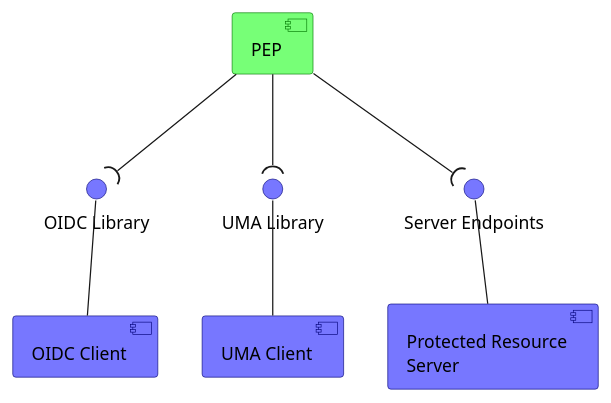
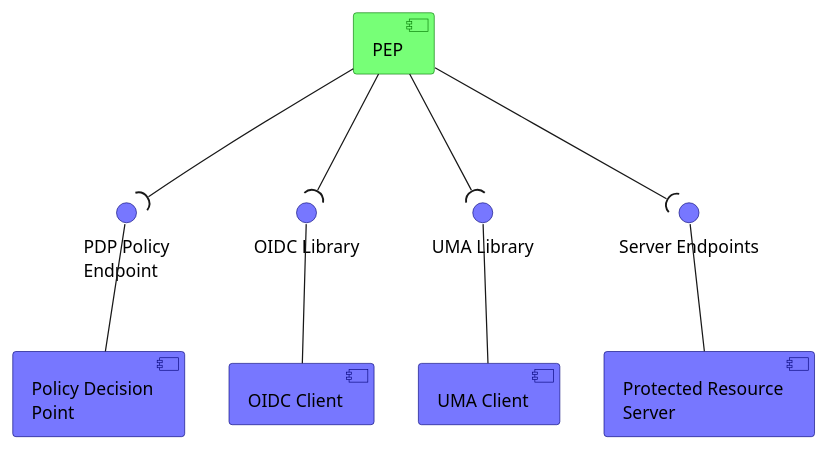
The diagram in docs/03.user-management/include/pep-required-interfaces.wsd (EOEPCA/master-system-icd), drawn with PlantUML before and after one commit. The commit also changed 2 other files, not shown here.

Commit message:
EOEPCA-178 ICD update for PEP policies

```diff
--- a/docs/03.user-management/include/pep-required-interfaces.wsd
+++ b/docs/03.user-management/include/pep-required-interfaces.wsd
@@ -1,36 +1,40 @@
 @startuml component
 
 hide stereotype
 
 component "Protected Resource\nServer" as res_server <<provider>>
 component "UMA Client" as uma <<provider>>
 component "OIDC Client" as oidc <<provider>>
+component "Policy Decision\nPoint" as pdp <<provider>>
 () "Server Endpoints" as srv_endpoints <<consumed>>
 () "UMA Library" as umaapi <<consumed>>
 () "OIDC Library" as oidcapi <<consumed>>
+() "PDP Policy\nEndpoint" as pdppoint <<consumed>>
 res_server -up- srv_endpoints
 uma -up- umaapi
 oidc -up- oidcapi
+pdp -up- pdppoint
 
 
 component "PEP" as PEP <<pep>>
 PEP -down-( srv_endpoints
 PEP -down-( umaapi
 PEP -down-( oidcapi
+PEP -down-( pdppoint
 
 skinparam component<<pep>> {
     BackgroundColor #77ff77
     BorderColor #007700
 }
 
 skinparam interface<<consumed>> {
     BackgroundColor #7777ff
     BorderColor #000077
 }
 
 skinparam component<<provider>> {
     BackgroundColor #7777ff
     BorderColor #000077
 }
 
 @enduml
```
